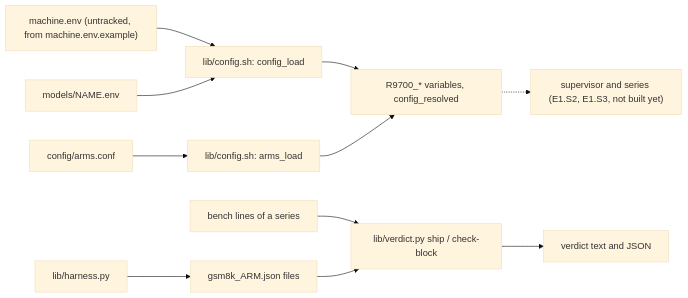
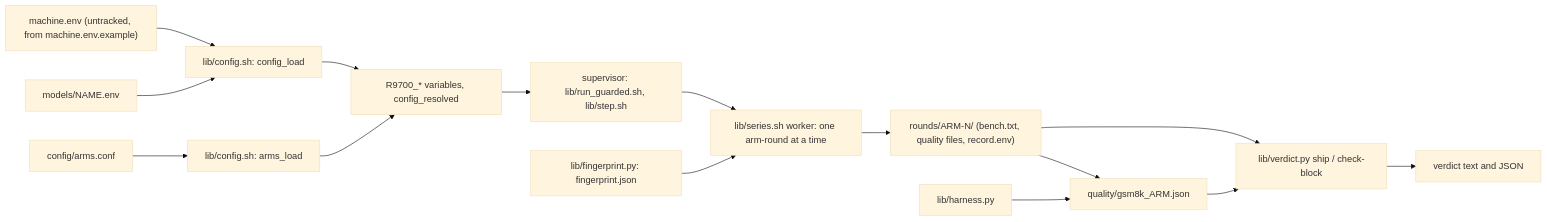
The third of 3 diagrams in research/architecture.md (oleksandrdubyna88/dew_flow_amd_r9700_tuning_ai), drawn with Mermaid (base theme) before and after one commit. The commit also changed other lines of this file and 24 other files, not shown here.

````diff
--- a/research/architecture.md
+++ b/research/architecture.md
@@ -101,13 +129,17 @@
 ```mermaid
 flowchart LR
   ME["machine.env (untracked, from machine.env.example)"] --> LOAD["lib/config.sh: config_load"]
   MD["models/NAME.env"] --> LOAD
   ARMS["config/arms.conf"] --> ARMLOAD["lib/config.sh: arms_load"]
   LOAD --> RES["R9700_* variables, config_resolved"]
   ARMLOAD --> RES
-  RES -.-> SUP["supervisor and series (E1.S2, E1.S3, not built yet)"]
-  BENCH["bench lines of a series"] --> VER["lib/verdict.py ship / check-block"]
-  QUAL["gsm8k_ARM.json files"] --> VER
-  HAR["lib/harness.py"] --> QUAL
+  RES --> SUP["supervisor: lib/run_guarded.sh, lib/step.sh"]
+  SUP --> SER["lib/series.sh worker: one arm-round at a time"]
+  SER --> REC["rounds/ARM-N/ (bench.txt, quality files, record.env)"]
+  FP["lib/fingerprint.py: fingerprint.json"] --> SER
+  REC --> VER["lib/verdict.py ship / check-block"]
+  HAR["lib/harness.py"] --> QUAL["quality/gsm8k_ARM.json"]
+  REC --> QUAL
+  QUAL --> VER
   VER --> OUT["verdict text and JSON"]
 ```
````
